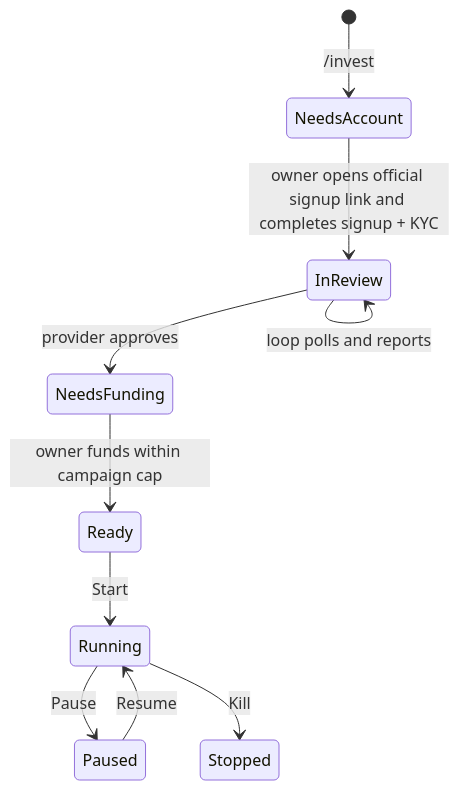
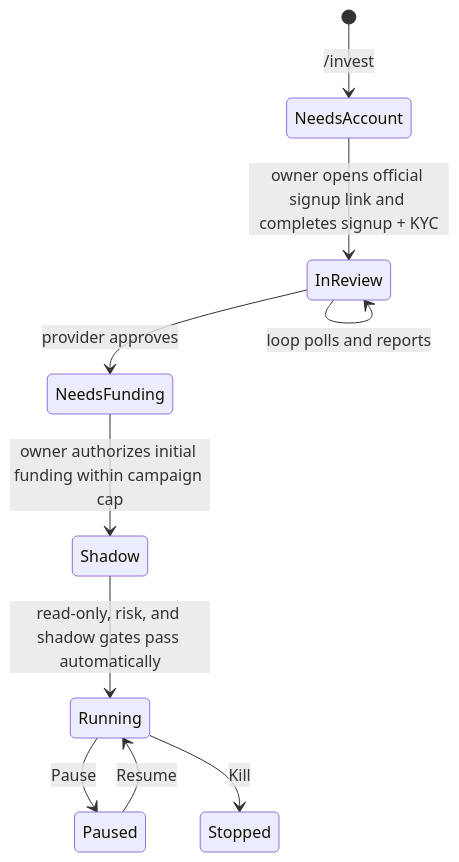
Before and after one commit to Daisuke134/anicca: the fourth of 4 diagrams in docs/superpowers/specs/2026-09-01-alpaca-money-maximizer-design.md, drawn with Mermaid. The commit also changed other lines of this file, not shown here.

````diff
--- a/docs/superpowers/specs/2026-09-01-alpaca-money-maximizer-design.md
+++ b/docs/superpowers/specs/2026-09-01-alpaca-money-maximizer-design.md
@@ -705,12 +709,12 @@
 ```mermaid
 stateDiagram-v2
     [*] --> NeedsAccount: /invest
     NeedsAccount --> InReview: owner opens official signup link and completes signup + KYC
     InReview --> InReview: loop polls and reports
     InReview --> NeedsFunding: provider approves
-    NeedsFunding --> Ready: owner funds within campaign cap
-    Ready --> Running: Start
+    NeedsFunding --> Shadow: owner authorizes initial funding within campaign cap
+    Shadow --> Running: read-only, risk, and shadow gates pass automatically
     Running --> Paused: Pause
     Paused --> Running: Resume
     Running --> Stopped: Kill
 ```
````
